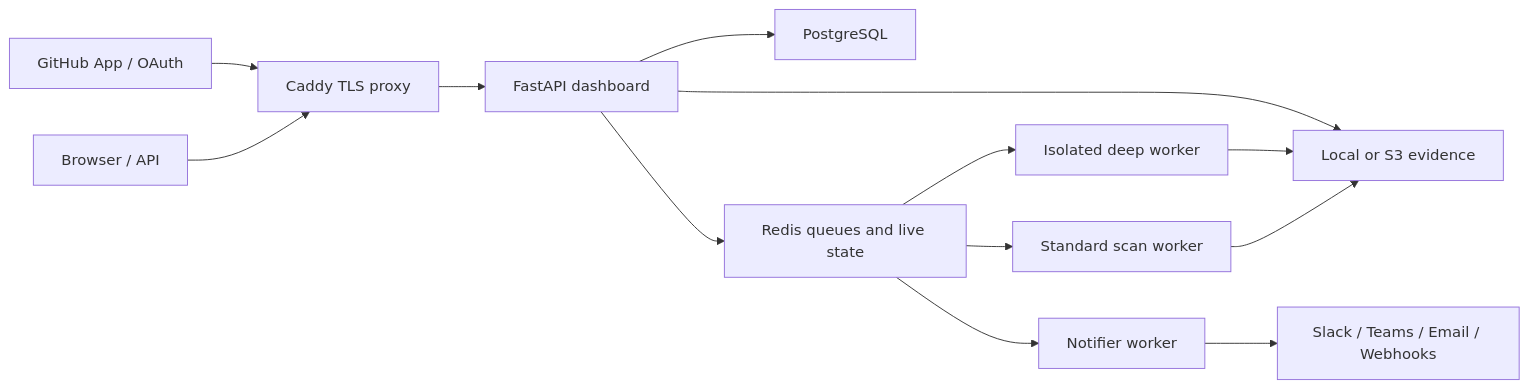
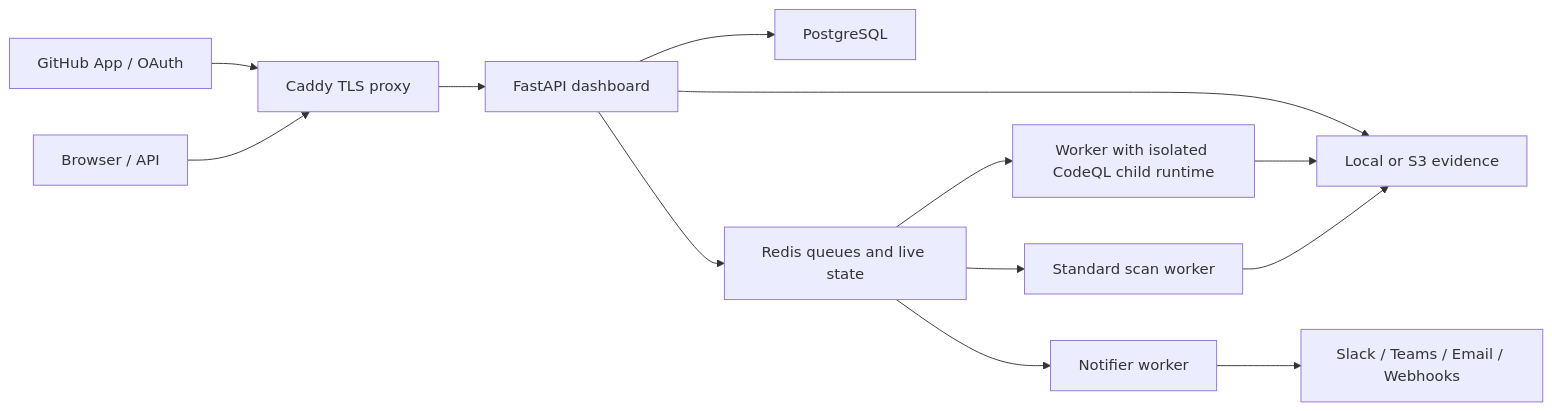
The diagram in README.md (huslenine999/aegis), drawn with Mermaid before and after one commit. The commit also changed other lines of this file and 58 other files, not shown here.

````diff
--- a/README.md
+++ b/README.md
@@ -317,15 +332,15 @@
 ```mermaid
 flowchart LR
     User["Browser / API"] --> Proxy["Caddy TLS proxy"]
     GitHub["GitHub App / OAuth"] --> Proxy
     Proxy --> API["FastAPI dashboard"]
     API --> DB["PostgreSQL"]
     API --> Redis["Redis queues and live state"]
     Redis --> Worker["Standard scan worker"]
-    Redis --> Deep["Isolated deep worker"]
+    Redis --> Deep["Worker with isolated CodeQL child runtime"]
     Redis --> Notifier["Notifier worker"]
     Worker --> Evidence["Local or S3 evidence"]
     Deep --> Evidence
     API --> Evidence
     Notifier --> Channels["Slack / Teams / Email / Webhooks"]
 ```
````
